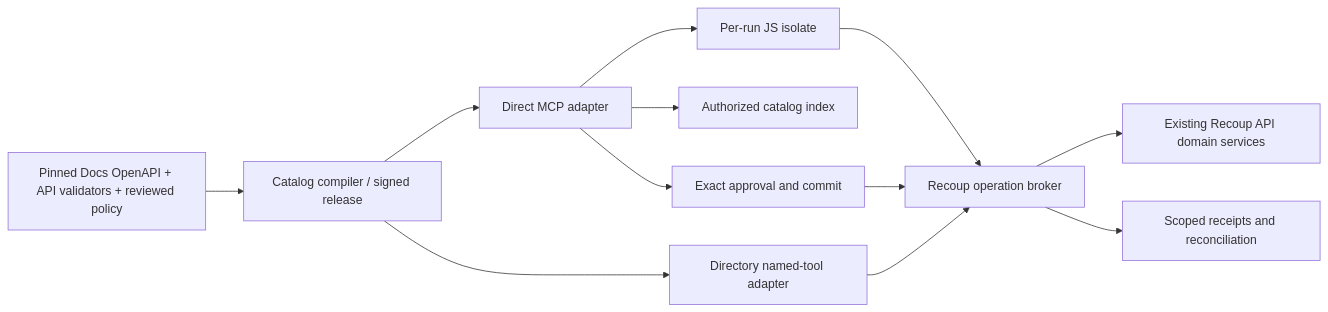
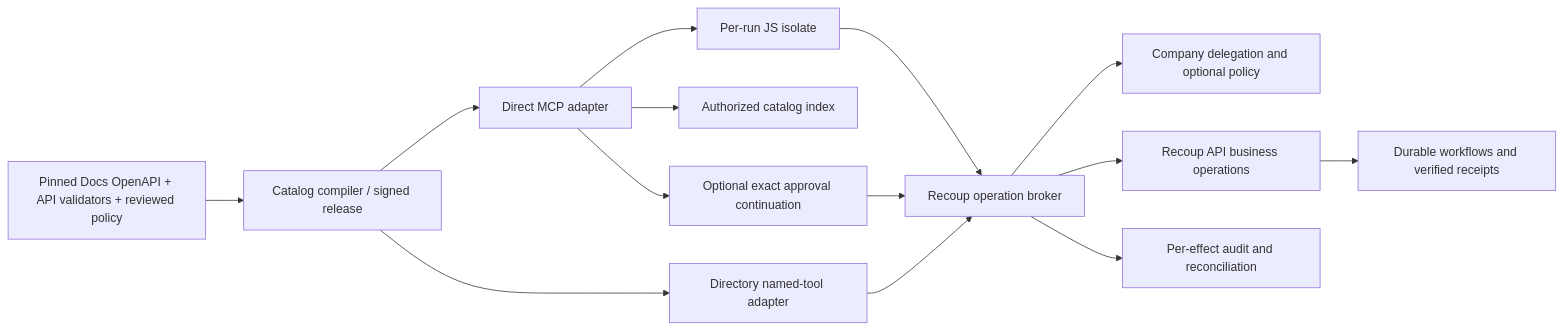
The diagram in docs/plans/mcp-code-mode.md (recoupable/api), drawn with Mermaid before and after one commit. The commit also changed other lines of this file and 7 other files, not shown here.

Commit message:
Design two-tool company-agent operation with optional approvals

````diff
--- a/docs/plans/mcp-code-mode.md
+++ b/docs/plans/mcp-code-mode.md
@@ -47,14 +48,16 @@
 ```mermaid
 flowchart LR
   Contracts["Pinned Docs OpenAPI + API validators + reviewed policy"] --> Build["Catalog compiler / signed release"]
   Build --> Direct["Direct MCP adapter"]
   Build --> Named["Directory named-tool adapter"]
   Direct --> Search["Authorized catalog index"]
   Direct --> Runner["Per-run JS isolate"]
   Runner --> Broker["Recoup operation broker"]
-  Direct --> Commit["Exact approval and commit"]
+  Direct --> Commit["Optional exact approval continuation"]
   Commit --> Broker
   Named --> Broker
-  Broker --> Domain["Existing Recoup API domain services"]
-  Broker --> Ledger["Scoped receipts and reconciliation"]
+  Broker --> Authority["Company delegation and optional policy"]
+  Broker --> Domain["Recoup API business operations"]
+  Domain --> Jobs["Durable workflows and verified receipts"]
+  Broker --> Ledger["Per-effect audit and reconciliation"]
 ```
````
